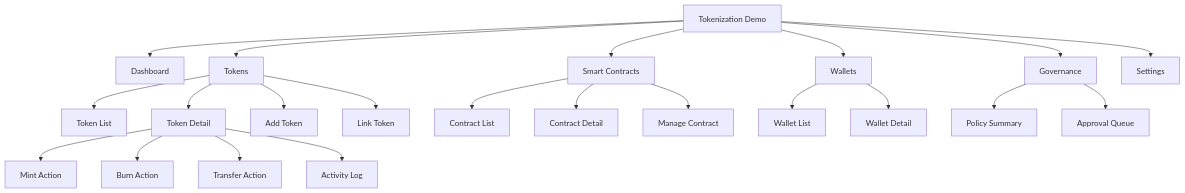
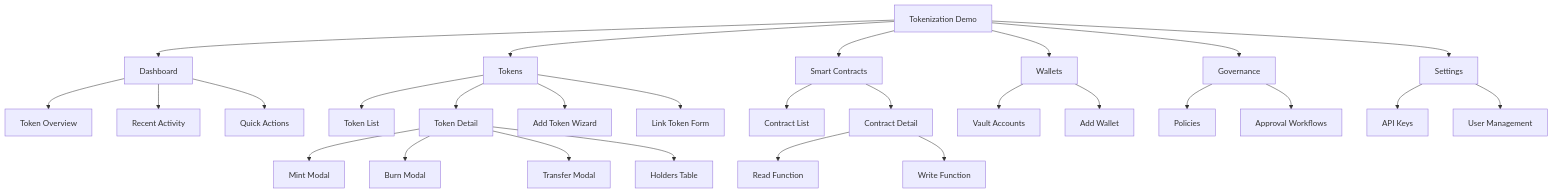
Before and after one commit to jaerius/tokenization_demo: the diagram in docs/IA.md, drawn with Mermaid. The commit also changed other lines of this file and 11 other files, not shown here.

````diff
--- a/docs/IA.md
+++ b/docs/IA.md
@@ -20,29 +149,37 @@
 ```mermaid
 flowchart TD
     Root[Tokenization Demo] --> Dashboard
     Root --> Tokens
     Root --> SmartContracts[Smart Contracts]
     Root --> Wallets
     Root --> Governance
     Root --> Settings
 
+    Dashboard --> DashboardOverview[Token Overview]
+    Dashboard --> DashboardActivity[Recent Activity]
+    Dashboard --> DashboardActions[Quick Actions]
+
     Tokens --> TokenList[Token List]
     Tokens --> TokenDetail[Token Detail]
-    Tokens --> AddToken[Add Token]
-    Tokens --> LinkToken[Link Token]
+    Tokens --> AddToken[Add Token Wizard]
+    Tokens --> LinkToken[Link Token Form]
 
-    TokenDetail --> Mint[Mint Action]
-    TokenDetail --> Burn[Burn Action]
-    TokenDetail --> Transfer[Transfer Action]
-    TokenDetail --> Activity[Activity Log]
+    TokenDetail --> MintModal[Mint Modal]
+    TokenDetail --> BurnModal[Burn Modal]
+    TokenDetail --> TransferModal[Transfer Modal]
+    TokenDetail --> HoldersTable[Holders Table]
 
     SmartContracts --> ContractList[Contract List]
     SmartContracts --> ContractDetail[Contract Detail]
-    SmartContracts --> ManageContract[Manage Contract]
+    ContractDetail --> ReadFunction[Read Function]
+    ContractDetail --> WriteFunction[Write Function]
 
-    Wallets --> WalletList[Wallet List]
-    Wallets --> WalletDetail[Wallet Detail]
+    Wallets --> VaultAccounts[Vault Accounts]
+    Wallets --> AddWallet[Add Wallet]
 
-    Governance --> PolicySummary[Policy Summary]
-    Governance --> ApprovalQueue[Approval Queue]
+    Governance --> Policies[Policies]
+    Governance --> ApprovalWorkflows[Approval Workflows]
+
+    Settings --> APIKeys[API Keys]
+    Settings --> UserManagement[User Management]
 ```
````
